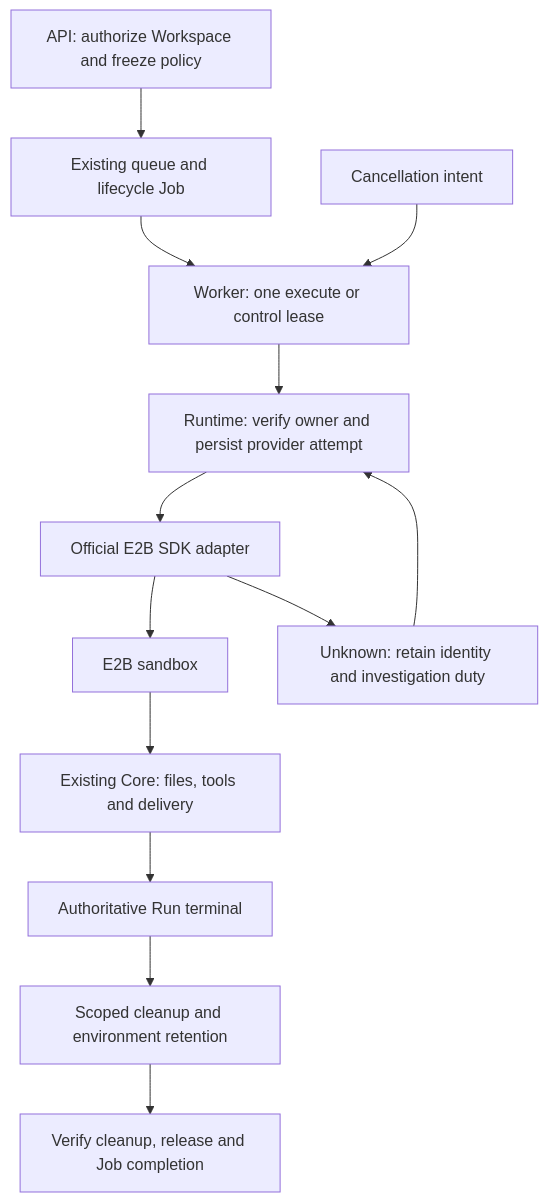
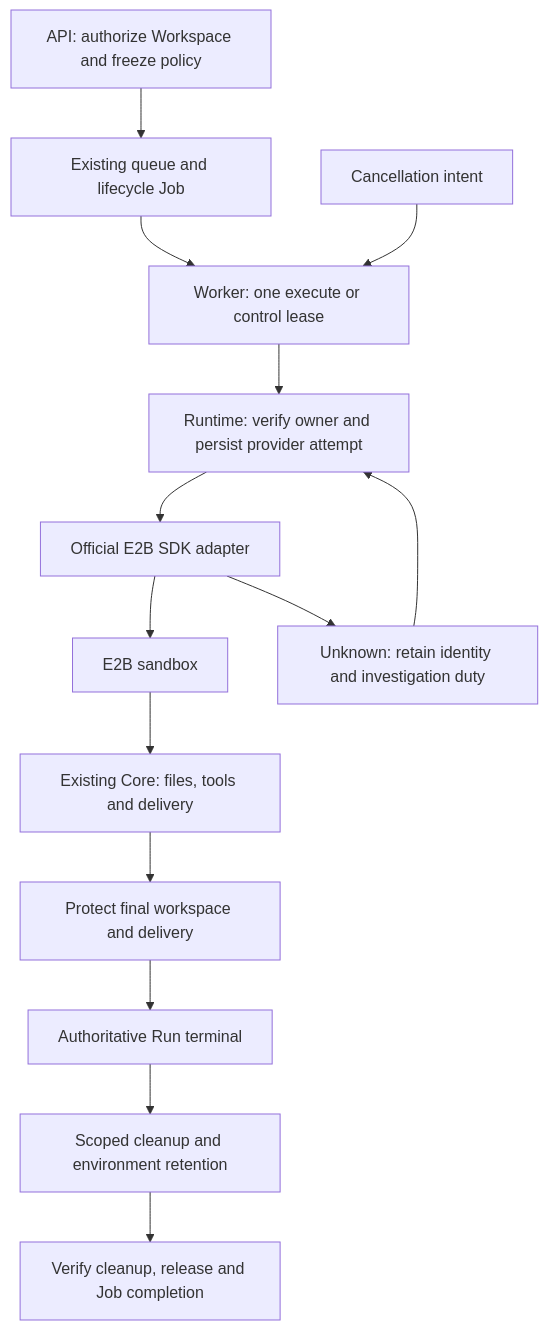
Before and after one commit to EchoTrigger/centaeris: the diagram in docs/development/E2BExecutionIntegration.md, drawn with Mermaid. The commit also changed other lines of this file, not shown here.

```diff
--- a/docs/development/E2BExecutionIntegration.md
+++ b/docs/development/E2BExecutionIntegration.md
@@ -45,15 +47,16 @@
 ~~~mermaid
 flowchart TD
     A["API: authorize Workspace and freeze policy"] --> B["Existing queue and lifecycle Job"]
     B --> C["Worker: one execute or control lease"]
     C --> D["Runtime: verify owner and persist provider attempt"]
     D --> E["Official E2B SDK adapter"]
     E --> F["E2B sandbox"]
     F --> G["Existing Core: files, tools and delivery"]
-    G --> H["Authoritative Run terminal"]
-    H --> I["Scoped cleanup and environment retention"]
+    G --> H["Protect final workspace and delivery"]
+    H --> T["Authoritative Run terminal"]
+    T --> I["Scoped cleanup and environment retention"]
     I --> J["Verify cleanup, release and Job completion"]
     K["Cancellation intent"] --> C
     E --> L["Unknown: retain identity and investigation duty"]
     L --> D
 ~~~
```
